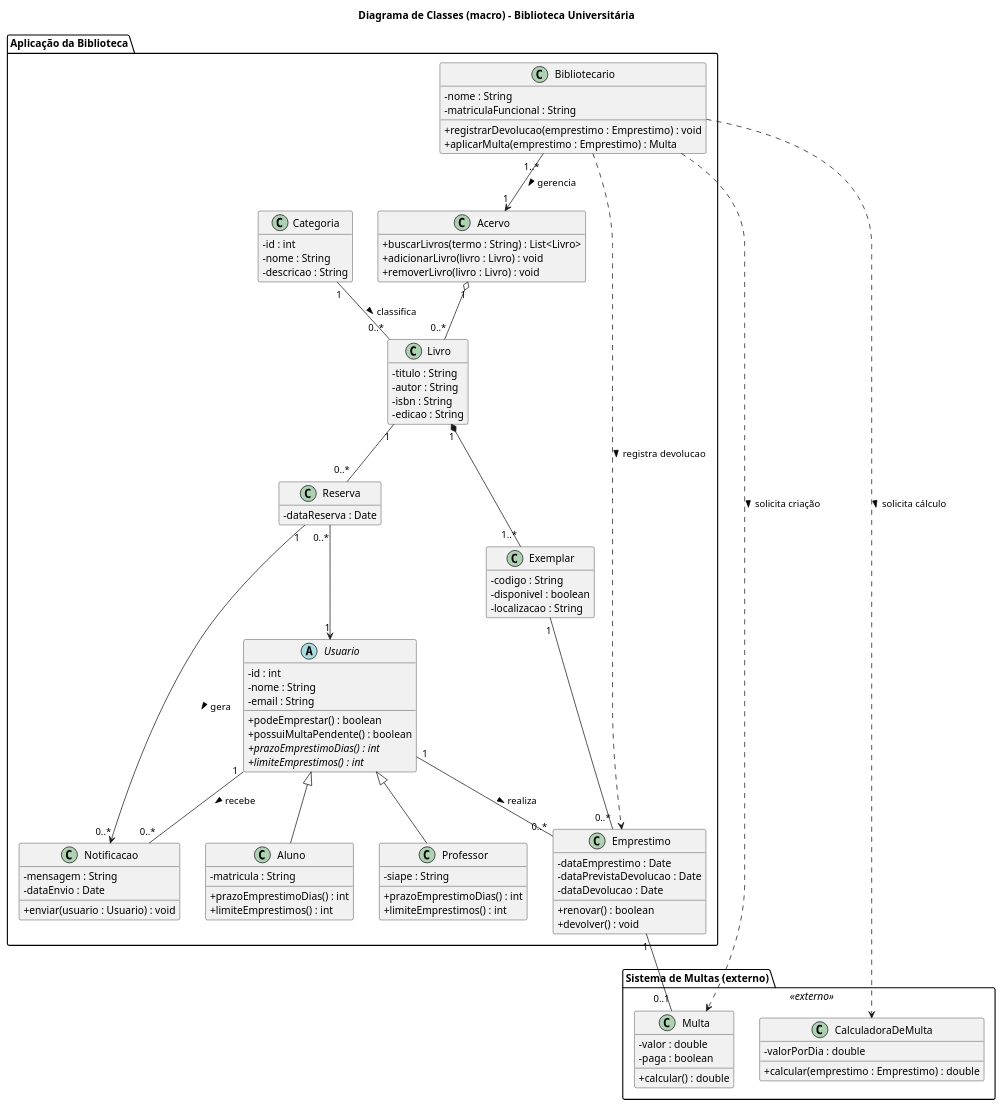
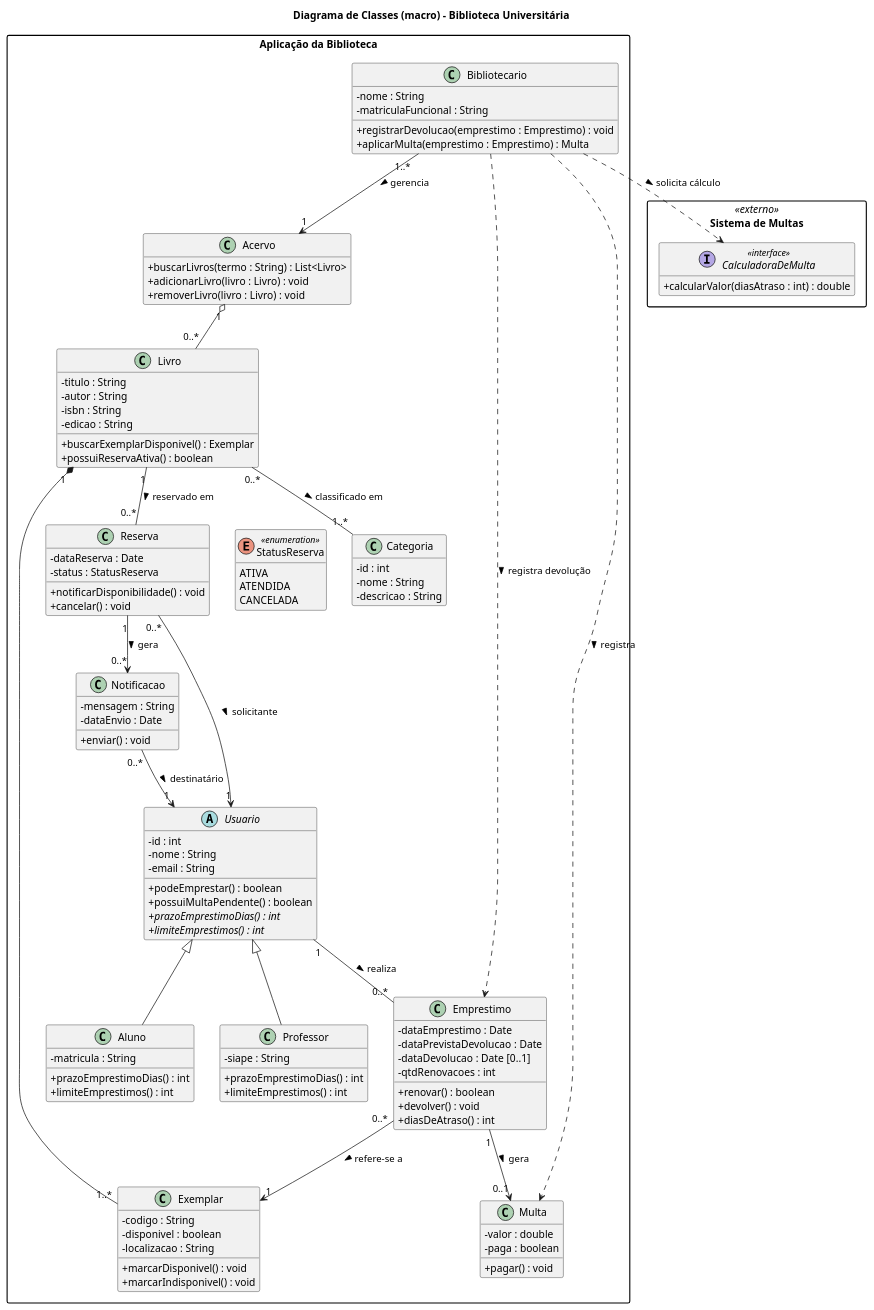
One commit to GabrielBGarcia/MODELAGEM-DE-SOFTWARE changed the diagram in biblioteca-uml/diagramas/classes/classes.puml. Above: the diagram before and after it, drawn with PlantUML. The commit also changed 2 other files, not shown here.

Commit message:
diagrama de classes: módulo circulação

```diff
--- a/biblioteca-uml/diagramas/classes/classes.puml
+++ b/biblioteca-uml/diagramas/classes/classes.puml
@@ -1,115 +1,135 @@
 @startuml classes
 title Diagrama de Classes (macro) – Biblioteca Universitária
 
 skinparam classAttributeIconSize 0
 skinparam shadowing false
+skinparam packageStyle rectangle
 hide empty members
 
 package "Aplicação da Biblioteca" {
+
+  ' ---------- Usuários ----------
   abstract class Usuario {
     - id : int
     - nome : String
     - email : String
     + podeEmprestar() : boolean
     + possuiMultaPendente() : boolean
     + {abstract} prazoEmprestimoDias() : int
     + {abstract} limiteEmprestimos() : int
   }
   class Aluno {
     - matricula : String
     + prazoEmprestimoDias() : int
     + limiteEmprestimos() : int
   }
   class Professor {
     - siape : String
     + prazoEmprestimoDias() : int
     + limiteEmprestimos() : int
   }
   class Bibliotecario {
     - nome : String
     - matriculaFuncional : String
     + registrarDevolucao(emprestimo : Emprestimo) : void
     + aplicarMulta(emprestimo : Emprestimo) : Multa
   }
+
+  ' ---------- Acervo ----------
   class Acervo {
     + buscarLivros(termo : String) : List<Livro>
     + adicionarLivro(livro : Livro) : void
     + removerLivro(livro : Livro) : void
+  }
+  class Categoria {
+    - id : int
+    - nome : String
+    - descricao : String
   }
   class Livro {
     - titulo : String
     - autor : String
     - isbn : String
     - edicao : String
-  }
-  class Categoria {
-    - id : int
-    - nome : String
-    - descricao : String
+    + buscarExemplarDisponivel() : Exemplar
+    + possuiReservaAtiva() : boolean
   }
   class Exemplar {
     - codigo : String
     - disponivel : boolean
     - localizacao : String
+    + marcarDisponivel() : void
+    + marcarIndisponivel() : void
   }
+
+  ' ---------- Circulação ----------
   class Emprestimo {
     - dataEmprestimo : Date
     - dataPrevistaDevolucao : Date
-    - dataDevolucao : Date
+    - dataDevolucao : Date [0..1]
+    - qtdRenovacoes : int
     + renovar() : boolean
     + devolver() : void
+    + diasDeAtraso() : int
   }
   class Reserva {
     - dataReserva : Date
+    - status : StatusReserva
+    + notificarDisponibilidade() : void
+    + cancelar() : void
+  }
+  enum StatusReserva <<enumeration>> {
+    ATIVA
+    ATENDIDA
+    CANCELADA
   }
   class Notificacao {
     - mensagem : String
     - dataEnvio : Date
-    + enviar(usuario : Usuario) : void
+    + enviar() : void
+  }
+  class Multa {
+    - valor : double
+    - paga : boolean
+    + pagar() : void
   }
 }
 
-package "Sistema de Multas (externo)" <<externo>> {
-  class Multa {
-    - valor : double
-    - paga : boolean
-    + calcular() : double
-  }
-  class CalculadoraDeMulta {
-    - valorPorDia : double
-    + calcular(emprestimo : Emprestimo) : double
+package "Sistema de Multas" <<externo>> {
+  interface CalculadoraDeMulta <<interface>> {
+    + calcularValor(diasAtraso : int) : double
   }
 }
 
-'herança'
+' ===================== Relações =====================
+' herança'
 Usuario <|-- Aluno
 Usuario <|-- Professor
 
-'associação simples entre usuario e emprestimo'
+' acervo'
+Acervo "1" o-- "0..*" Livro
+Livro "0..*" -- "1..*" Categoria : classificado em >
+Livro "1" *-- "1..*" Exemplar
+
+' circulação'
 Usuario "1" -- "0..*" Emprestimo : realiza >
+Emprestimo "0..*" --> "1" Exemplar : refere-se a >
+Emprestimo "1" --> "0..1" Multa : gera >
 
-'associação direcionada'
-Reserva "0..*" --> "1" Usuario
-Usuario "1" -- "0..*" Notificacao : recebe >
+Reserva "0..*" --> "1" Usuario : solicitante >
+Livro "1" -- "0..*" Reserva : reservado em >
+Reserva -[hidden]right- StatusReserva
+
+' notificações
 Reserva "1" --> "0..*" Notificacao : gera >
+Notificacao "0..*" --> "1" Usuario : destinatário >
 
-'associação direcionada'
+' bibliotecário
 Bibliotecario "1..*" --> "1" Acervo : gerencia >
+Bibliotecario ..> Emprestimo : registra devolução >
+Bibliotecario ..> Multa : registra >
 
-'dependências'
-Bibliotecario ..> Emprestimo : registra devolucao >
-Bibliotecario ..> Multa : solicita criação >
-
-'integração com sistema externo'
+' integração com o sistema externo
 Bibliotecario ..> CalculadoraDeMulta : solicita cálculo >
 
-'classe nova: acervo'
-Acervo "1" o-- "0..*" Livro
-Categoria "1" -- "0..*" Livro : classifica >
-
-'macro'
-Livro "1" *-- "1..*" Exemplar
-Exemplar "1" -- "0..*" Emprestimo
-Livro "1" -- "0..*" Reserva
-Emprestimo "1" -- "0..1" Multa
 @enduml
```
